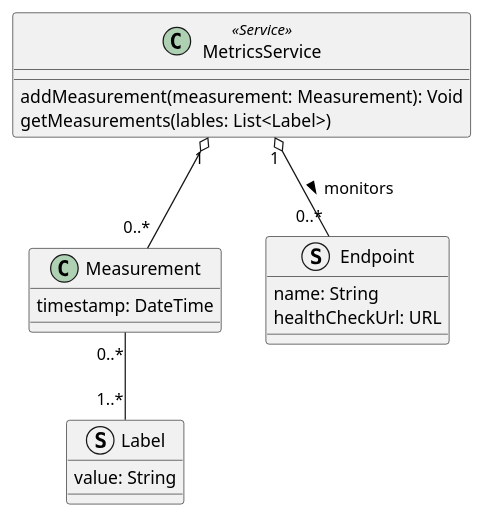
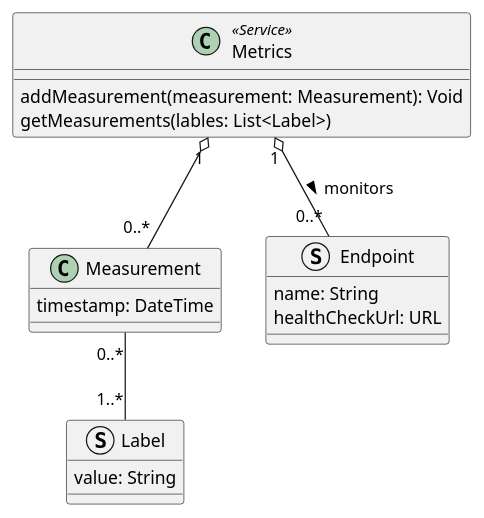
The diagram in doc/diagrams/src/metrics-service-domain-model.puml (Ventus218/SAP-assignment-02), drawn with PlantUML before and after one commit. The commit also changed 8 other files, not shown here.

Commit message:
renamed metrics service to metrics

```diff
--- a/doc/diagrams/src/metrics-service-domain-model.puml
+++ b/doc/diagrams/src/metrics-service-domain-model.puml
@@ -1,26 +1,26 @@
 @startuml metrics-service-domain-model
 
 struct Label {
     value: String
 }
 
 class Measurement {
     timestamp: DateTime
 }
 
 Measurement "0..*" -- "1..*" Label
 
 struct Endpoint {
     name: String
     healthCheckUrl: URL
 }
 
-class MetricsService <<Service>> {
+class Metrics <<Service>> {
     addMeasurement(measurement: Measurement): Void
     getMeasurements(lables: List<Label>)
 }
 
-MetricsService "1" o-- "0..*" Endpoint : "monitors >"
-MetricsService "1" o-- "0..*" Measurement
+Metrics "1" o-- "0..*" Endpoint : "monitors >"
+Metrics "1" o-- "0..*" Measurement
 
 @enduml
```
